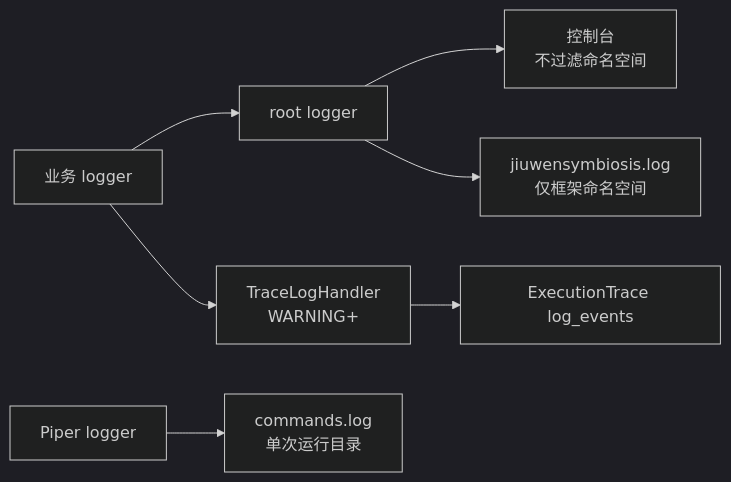
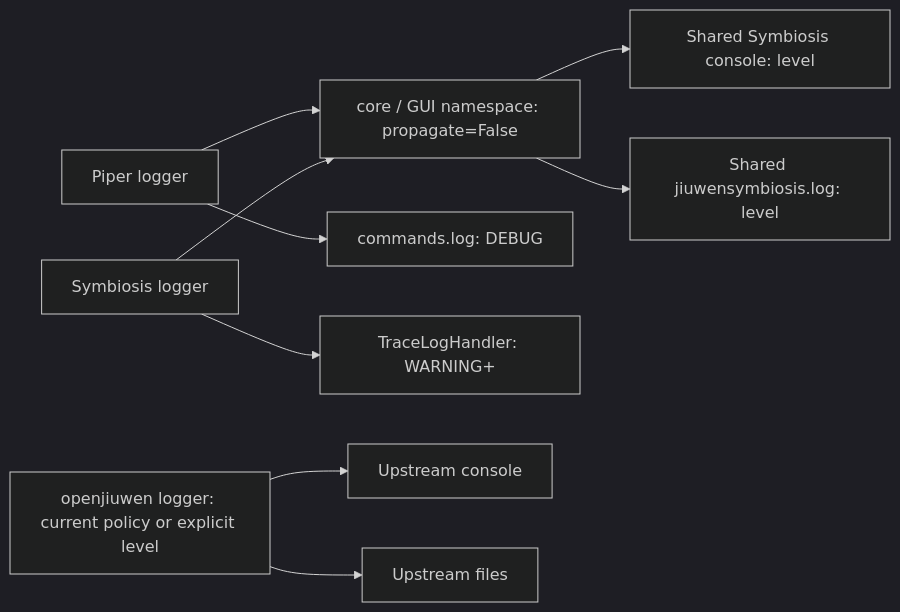
One commit to openJiuwen-ai/jiuwensymbiosis changed the diagram in design/logging.md. Above: the diagram before and after it, drawn with Mermaid (dark theme). The commit also changed other lines of this file and 62 other files, not shown here.

Commit message:
refactor(logging): isolate framework namespaces and make the upstream level opt-in

````diff
--- a/design/logging.md
+++ b/design/logging.md
@@ -43,9 +21,11 @@
 ```mermaid
 flowchart LR
-    L[业务 logger] --> R[root logger]
-    R --> C[控制台<br/>不过滤命名空间]
-    R --> F[jiuwensymbiosis.log<br/>仅框架命名空间]
-    P[Piper logger] --> M[commands.log<br/>单次运行目录]
-    L --> T[TraceLogHandler<br/>WARNING+]
-    T --> E[ExecutionTrace log_events]
+    S[Symbiosis logger] --> N[core / GUI namespace: propagate=False]
+    N --> C[Shared Symbiosis console: level]
+    N --> F[Shared jiuwensymbiosis.log: level]
+    P[Piper logger] --> M[commands.log: DEBUG]
+    P --> N
+    S --> T[TraceLogHandler: WARNING+]
+    O[openjiuwen logger: current policy or explicit level] --> U[Upstream console]
+    O --> UF[Upstream files]
 ```
````
